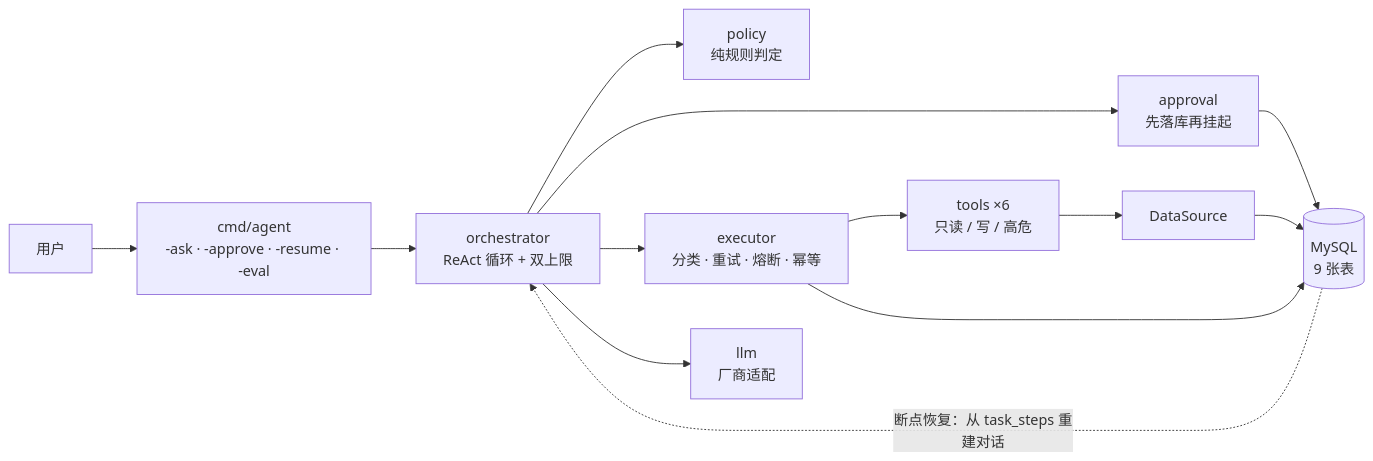
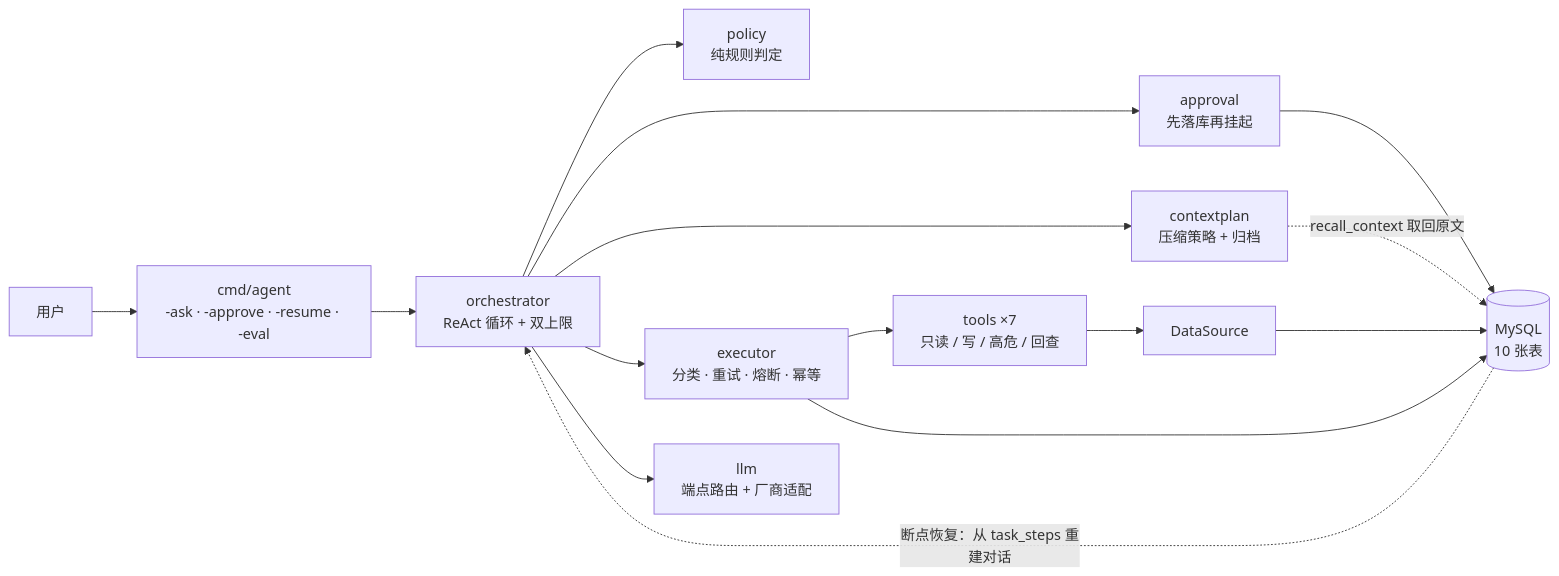
Before and after one commit to li353717167-spec/safeguard-agent: the diagram in README.md, drawn with Mermaid. The commit also changed other lines of this file, not shown here.

````diff
--- a/README.md
+++ b/README.md
@@ -29,15 +31,17 @@
 ```mermaid
 flowchart LR
     U["用户"] --> CLI["cmd/agent<br/>-ask · -approve · -resume · -eval"]
     CLI --> O["orchestrator<br/>ReAct 循环 + 双上限"]
     O --> P["policy<br/>纯规则判定"]
     O --> G["approval<br/>先落库再挂起"]
+    O --> C["contextplan<br/>压缩策略 + 归档"]
     O --> E["executor<br/>分类 · 重试 · 熔断 · 幂等"]
-    E --> T["tools ×6<br/>只读 / 写 / 高危"]
+    E --> T["tools ×7<br/>只读 / 写 / 高危 / 回查"]
     T --> DS["DataSource"]
-    DS --> DB[("MySQL<br/>9 张表")]
-    O --> LLM["llm<br/>厂商适配"]
+    DS --> DB[("MySQL<br/>10 张表")]
+    O --> LLM["llm<br/>端点路由 + 厂商适配"]
+    C -.->|"recall_context 取回原文"| DB
     G --> DB
     E --> DB
     DB -.->|"断点恢复：从 task_steps 重建对话"| O
 ```
````
